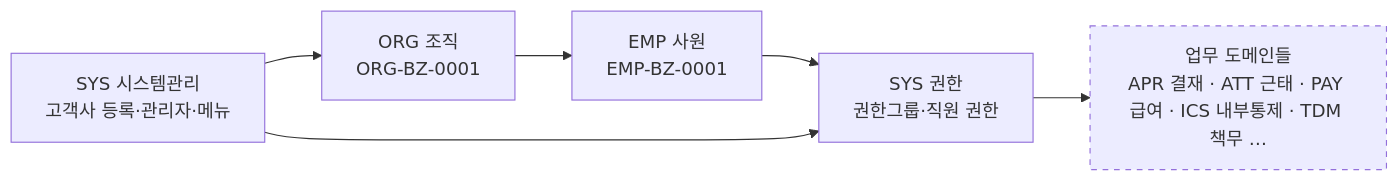
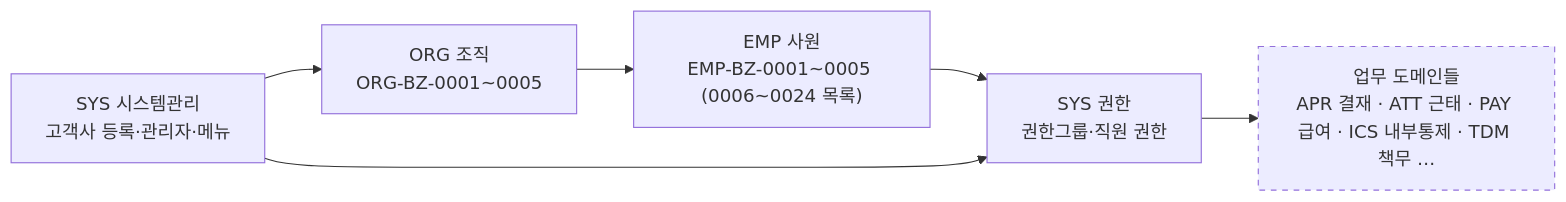
One commit to KimDoYoung/framework-sprt changed the diagram in AssetERP/docs/2-업무분석/biz-event/00-도메인Map.md. Above: the diagram before and after it, drawn with Mermaid. The commit also changed other lines of this file and 18 other files, not shown here.

First line of the commit message:
업무분석: ORG-BZ-0002~0005, EMP-BZ-0002~0011 실행·상세, EMP 1차 목록 0012~0024

````diff
--- a/AssetERP/docs/2-업무분석/biz-event/00-도메인Map.md
+++ b/AssetERP/docs/2-업무분석/biz-event/00-도메인Map.md
@@ -6,14 +6,14 @@
 ```mermaid
 flowchart LR
     SYS["SYS 시스템관리<br/>고객사 등록·관리자·메뉴"]
-    ORG["ORG 조직<br/>ORG-BZ-0001"]
-    EMP["EMP 사원<br/>EMP-BZ-0001"]
+    ORG["ORG 조직<br/>ORG-BZ-0001~0005"]
+    EMP["EMP 사원<br/>EMP-BZ-0001~0005 (0006~0024 목록)"]
     AUTH["SYS 권한<br/>권한그룹·직원 권한"]
     WORK["업무 도메인들<br/>APR 결재 · ATT 근태 · PAY 급여 · ICS 내부통제 · TDM 책무 …"]
 
     SYS --> ORG --> EMP --> AUTH --> WORK
     SYS --> AUTH
 
     classDef todo stroke-dasharray: 5 5
     class WORK todo
 ```
````
